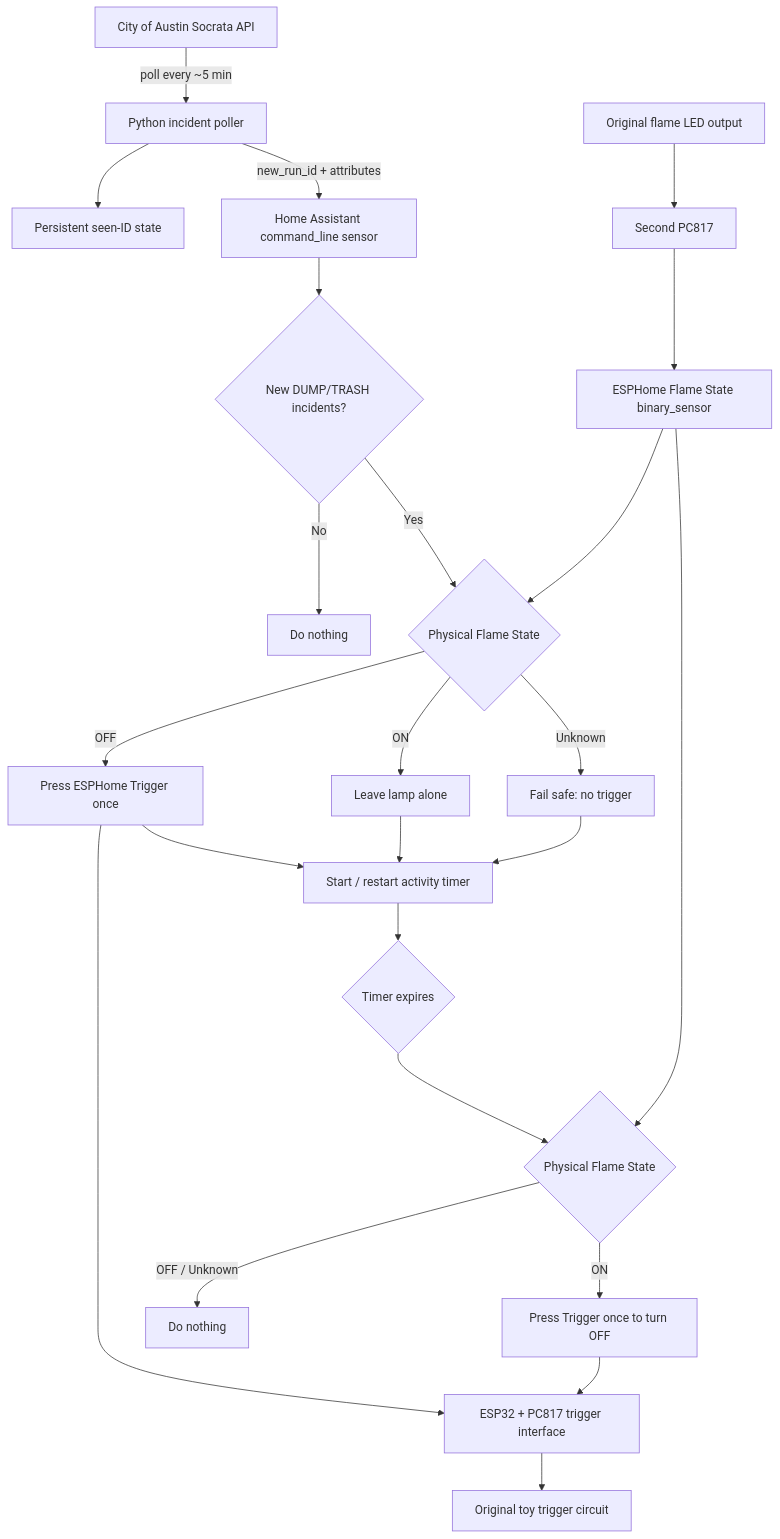
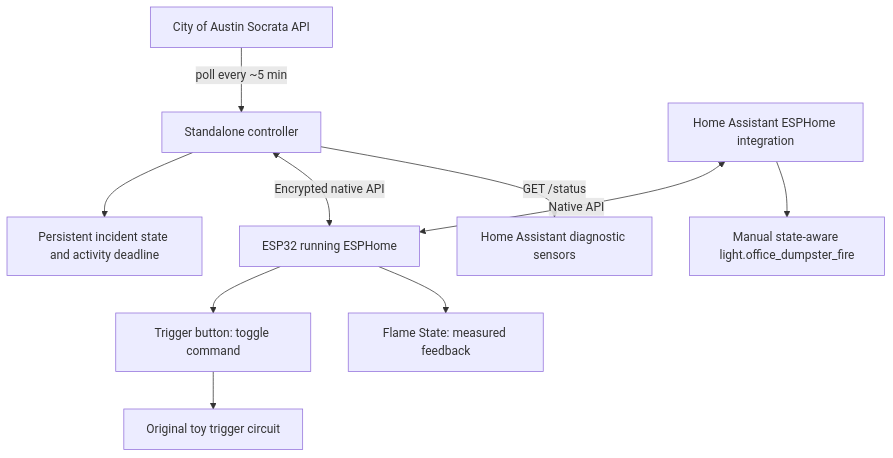
One commit to llajas/dumpster-fire changed the diagram in README.md. Above: the diagram before and after it, drawn with Mermaid. The commit also changed other lines of this file, not shown here.

Commit message:
docs: update controller architecture

````diff
--- a/README.md
+++ b/README.md
@@ -52,31 +51,12 @@
 ```mermaid
 flowchart TD
-    A[City of Austin Socrata API] -->|poll every ~5 min| B[Python incident poller]
-    B --> C[Persistent seen-ID state]
-    B -->|new_run_id + attributes| D[Home Assistant command_line sensor]
-
-    D --> E{New DUMP/TRASH incidents?}
-    E -->|No| Z[Do nothing]
-    E -->|Yes| F{Physical Flame State}
-
-    F -->|OFF| G[Press ESPHome Trigger once]
-    F -->|ON| H[Leave lamp alone]
-    F -->|Unknown| I[Fail safe: no trigger]
-
-    G --> J[Start / restart activity timer]
-    H --> J
-    I --> J
-
-    J --> K{Timer expires}
-    K --> L{Physical Flame State}
-    L -->|ON| M[Press Trigger once to turn OFF]
-    L -->|OFF / Unknown| N[Do nothing]
-
-    O[ESP32 + PC817 trigger interface] --> P[Original toy trigger circuit]
-    Q[Second PC817] --> R[ESPHome Flame State binary_sensor]
-    S[Original flame LED output] --> Q
-    G --> O
-    M --> O
-    R --> F
-    R --> L
+    A[City of Austin Socrata API] -->|poll every ~5 min| B[Standalone controller]
+    B --> C[Persistent incident state and activity deadline]
+    B <-->|Encrypted native API| D[ESP32 running ESPHome]
+    D --> E[Trigger button: toggle command]
+    D --> F[Flame State: measured feedback]
+    E --> G[Original toy trigger circuit]
+    H[Home Assistant ESPHome integration] <-->|Native API| D
+    H --> I[Manual state-aware light.office_dumpster_fire]
+    B -->|GET /status| J[Home Assistant diagnostic sensors]
 ```
````
